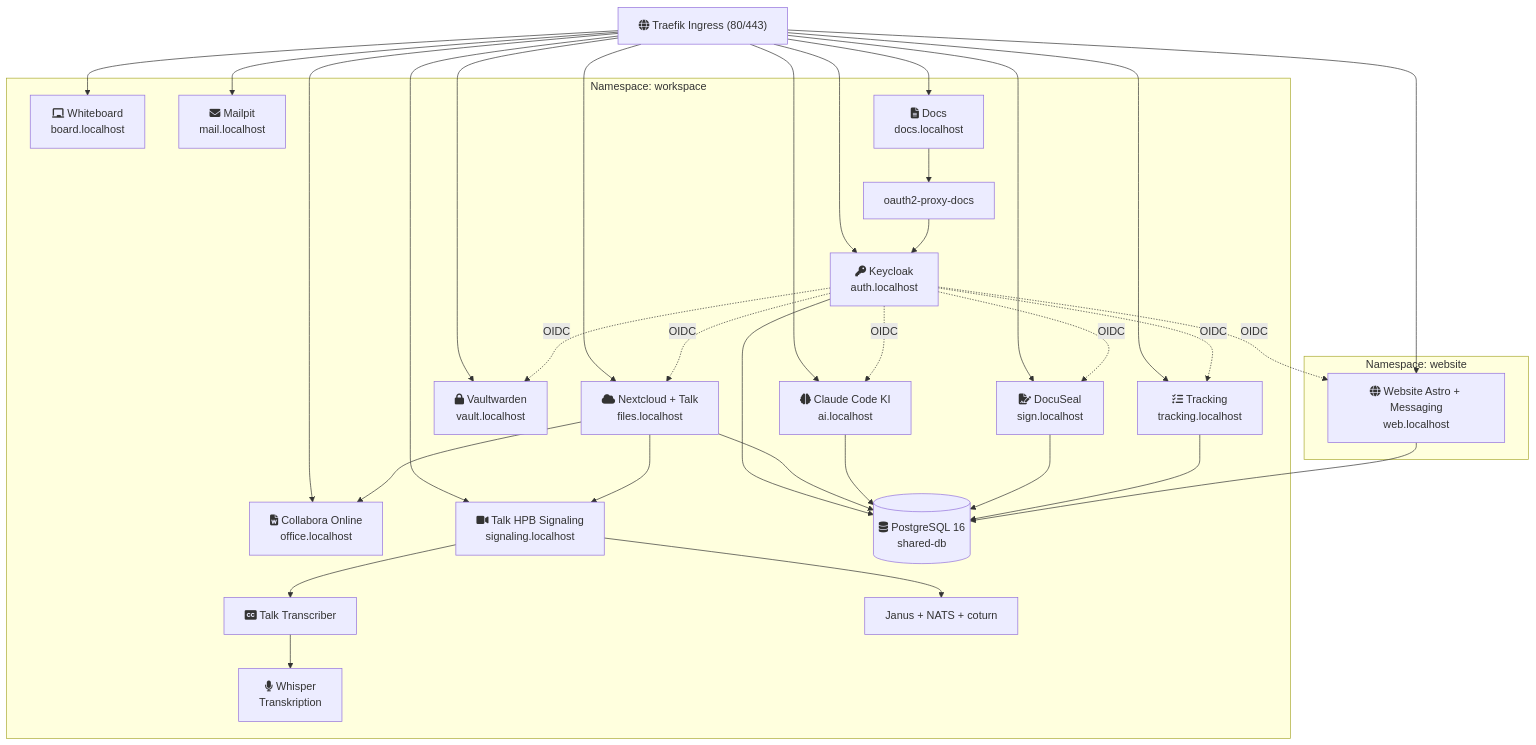
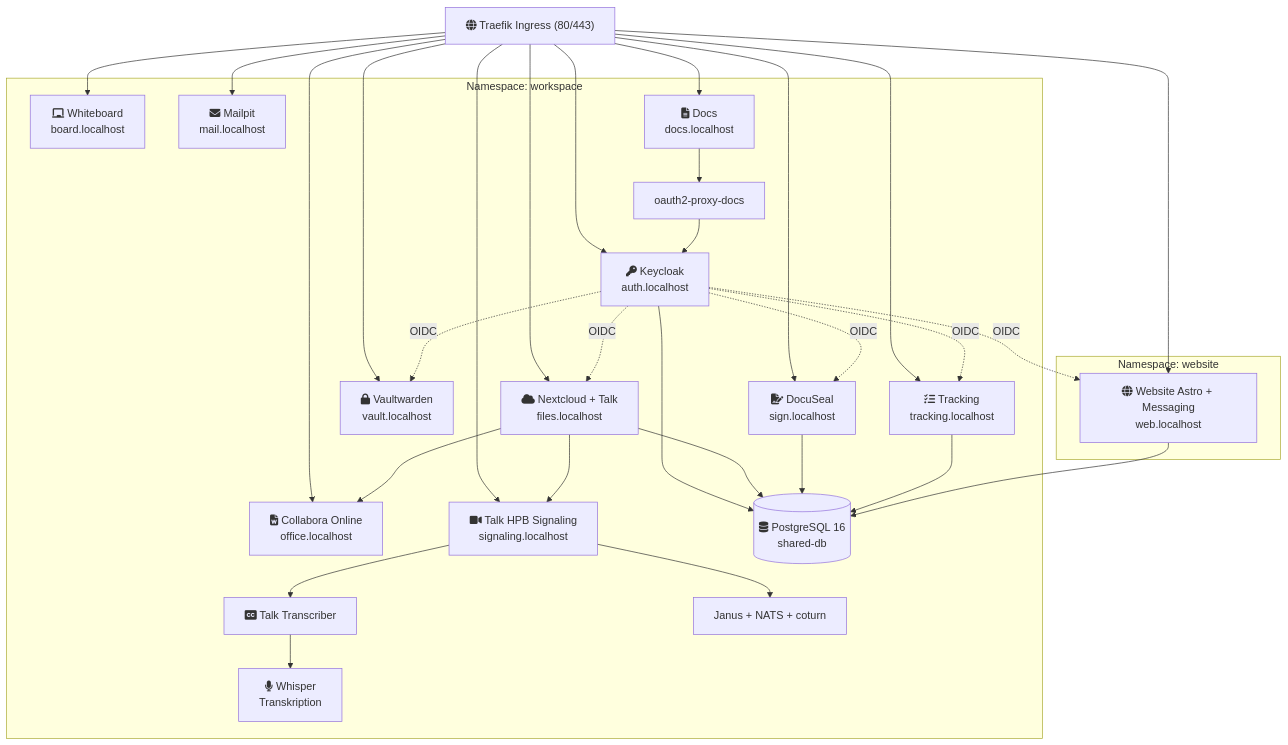
The diagram in CLAUDE.md (Paddione/Bachelorprojekt), drawn with Mermaid before and after one commit. The commit also changed 33 other files, not shown here.

````diff
--- a/CLAUDE.md
+++ b/CLAUDE.md
@@ -122,38 +122,37 @@
 ```mermaid
 graph TB
     Traefik["fa:fa-globe Traefik Ingress (80/443)"]
 
     subgraph workspace ["Namespace: workspace"]
         KC["fa:fa-key Keycloak<br/>auth.localhost"]
         NC["fa:fa-cloud Nextcloud + Talk<br/>files.localhost"]
         CO["fa:fa-file-word Collabora Online<br/>office.localhost"]
         HPB["fa:fa-video Talk HPB Signaling<br/>signaling.localhost"]
-        OC["fa:fa-brain Claude Code KI<br/>ai.localhost"]
         VW["fa:fa-lock Vaultwarden<br/>vault.localhost"]
         WB["fa:fa-chalkboard Whiteboard<br/>board.localhost"]
         MP["fa:fa-envelope Mailpit<br/>mail.localhost"]
         DOCS["fa:fa-file-lines Docs<br/>docs.localhost"]
         DS["fa:fa-file-signature DocuSeal<br/>sign.localhost"]
         TR["fa:fa-list-check Tracking<br/>tracking.localhost"]
         OAUTH2[oauth2-proxy-docs]
         WHISPER["fa:fa-microphone Whisper<br/>Transkription"]
         TRBOT["fa:fa-closed-captioning Talk Transcriber"]
         JANUS[Janus + NATS + coturn]
         DB[("fa:fa-database PostgreSQL 16<br/>shared-db")]
     end
 
     subgraph website-ns ["Namespace: website"]
         WEB["fa:fa-globe Website Astro + Messaging<br/>web.localhost"]
     end
 
-    Traefik --> KC & NC & CO & HPB & OC & VW & WB & MP & DOCS & DS & TR & WEB
+    Traefik --> KC & NC & CO & HPB & VW & WB & MP & DOCS & DS & TR & WEB
 
-    KC -. OIDC .-> NC & OC & VW & WEB & DS & TR
+    KC -. OIDC .-> NC & VW & WEB & DS & TR
     OAUTH2 --> KC
     DOCS --> OAUTH2
     NC --> CO
     NC --> HPB --> JANUS
     HPB --> TRBOT --> WHISPER
-    KC & NC & OC & DS & TR --> DB
+    KC & NC & DS & TR --> DB
     WEB --> DB
 ```
````
